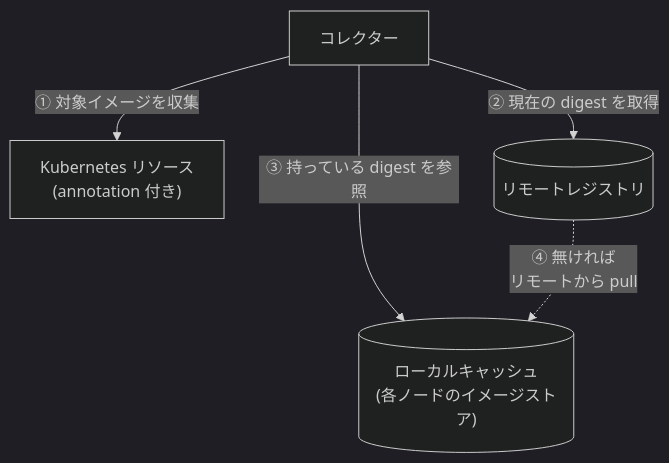
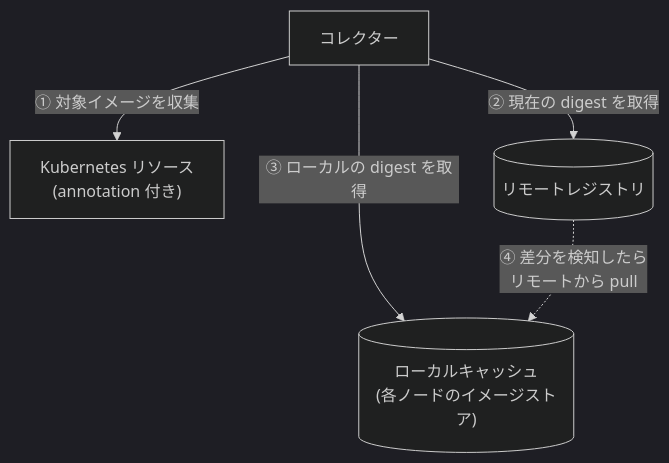
Before and after one commit to sasano8/kube-floatingtag-pinner: the first of 2 diagrams in README.md, drawn with Mermaid (dark theme).

Commit message:
README: 概要図の③④の表現を修正
Claude-Session: https://claude.ai/code/session_019rZvkSL7Th44LVS5DsW2yH

````diff
--- a/README.md
+++ b/README.md
@@ -36,12 +36,12 @@
 ```mermaid
 flowchart TB
     K["Kubernetes リソース<br/>(annotation 付き)"]
     C["コレクター"]
     R[("リモートレジストリ")]
     L[("ローカルキャッシュ<br/>(各ノードのイメージストア)")]
 
     C -- "① 対象イメージを収集" --> K
     C -- "② 現在の digest を取得" --> R
-    C -- "③ 持っている digest を参照" --> L
-    R -. "④ 無ければ<br/>リモートから pull" .-> L
+    C -- "③ ローカルの digest を取得" --> L
+    R -. "④ 差分を検知したら<br/>リモートから pull" .-> L
 ```
````
